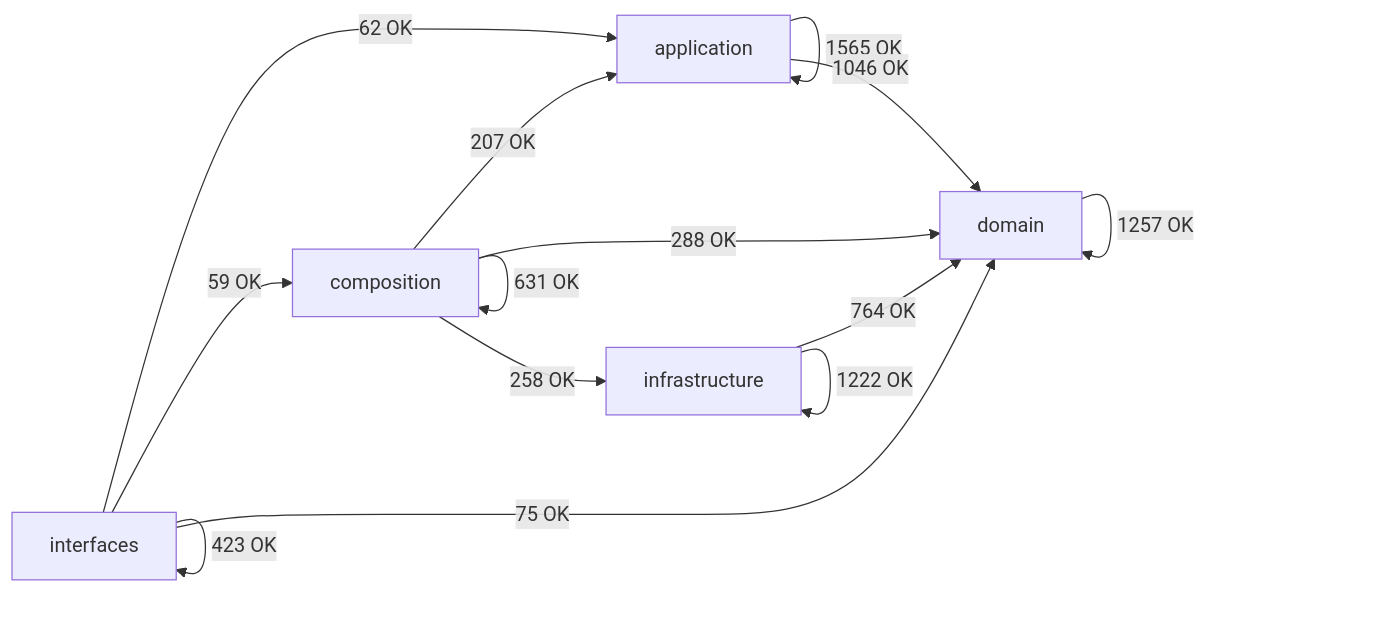
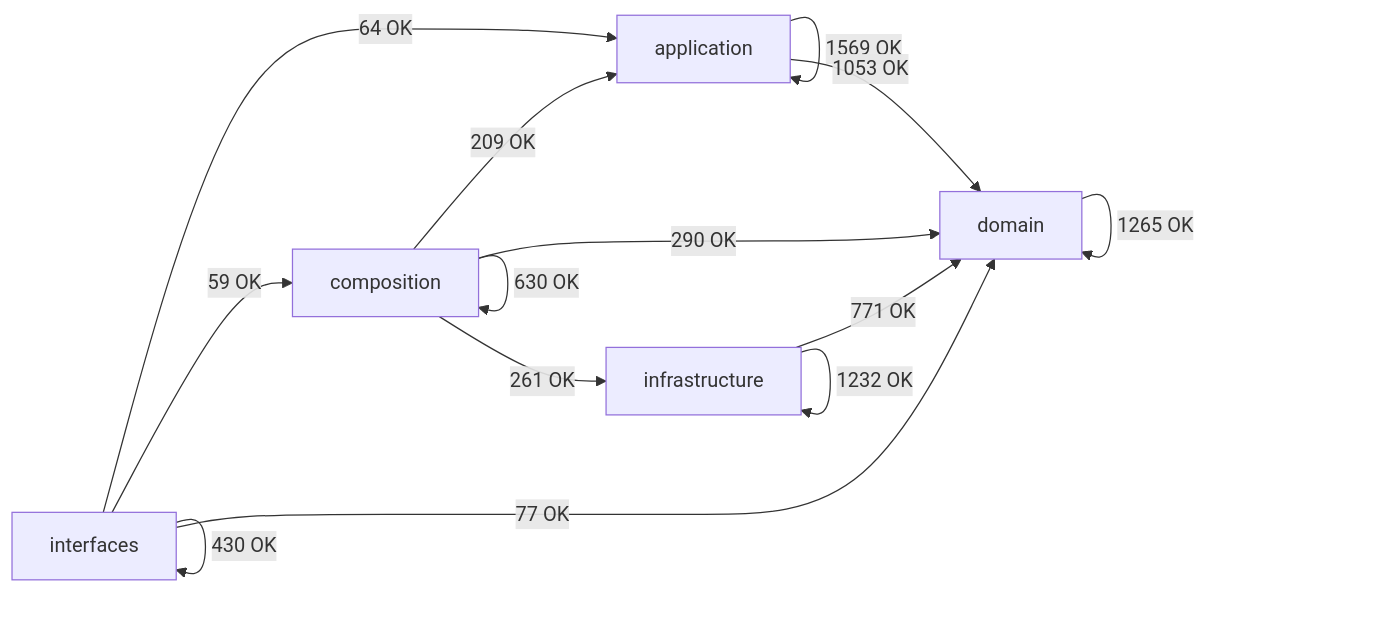
The diagram in docs/02-architecture/generated/module-dependency-map.md (SatoryKono/BioactivityDataAcquisition), drawn with Mermaid before and after one commit. The commit also changed other lines of this file and 13 other files, not shown here.

````diff
--- a/docs/02-architecture/generated/module-dependency-map.md
+++ b/docs/02-architecture/generated/module-dependency-map.md
@@ -17,21 +17,21 @@
 ```mermaid
 flowchart LR
     domain[domain]
     application[application]
     infrastructure[infrastructure]
     composition[composition]
     interfaces[interfaces]
-    application -->|1565 OK| application
-    application -->|1046 OK| domain
-    composition -->|207 OK| application
-    composition -->|631 OK| composition
-    composition -->|288 OK| domain
-    composition -->|258 OK| infrastructure
-    domain -->|1257 OK| domain
-    infrastructure -->|764 OK| domain
-    infrastructure -->|1222 OK| infrastructure
-    interfaces -->|62 OK| application
+    application -->|1569 OK| application
+    application -->|1053 OK| domain
+    composition -->|209 OK| application
+    composition -->|630 OK| composition
+    composition -->|290 OK| domain
+    composition -->|261 OK| infrastructure
+    domain -->|1265 OK| domain
+    infrastructure -->|771 OK| domain
+    infrastructure -->|1232 OK| infrastructure
+    interfaces -->|64 OK| application
     interfaces -->|59 OK| composition
-    interfaces -->|75 OK| domain
-    interfaces -->|423 OK| interfaces
+    interfaces -->|77 OK| domain
+    interfaces -->|430 OK| interfaces
 ```
````
